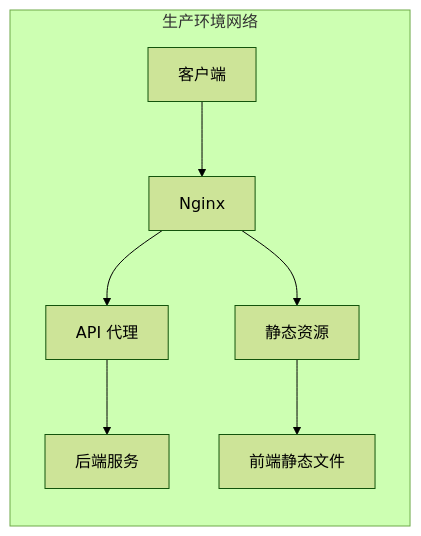
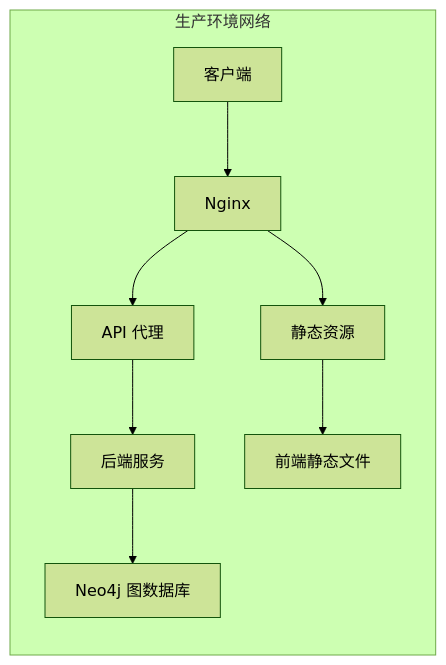
One commit to xfbyxq/ai-novel-system changed the eighth of 21 diagrams in .qoder/repowiki/zh/content/Docker Deployment.md. Above: the diagram before and after it, drawn with Mermaid (forest theme). The commit also changed other lines of this file and 19 other files, not shown here.

First line of the commit message:
feat(graph): 新增图数据库完整支持与AI聊天集成

````diff
--- a/.qoder/repowiki/zh/content/Docker Deployment.md
+++ b/.qoder/repowiki/zh/content/Docker Deployment.md
@@ -394,10 +439,11 @@
 ```mermaid
 graph LR
 subgraph "生产环境网络"
 CLIENT[客户端] --> NGINX[Nginx]
 NGINX --> API[API 代理]
 NGINX --> STATIC[静态资源]
 API --> BACKEND[后端服务]
 STATIC --> FRONTEND[前端静态文件]
+BACKEND --> GRAPH_DB[Neo4j 图数据库]
 end
 ```
````
